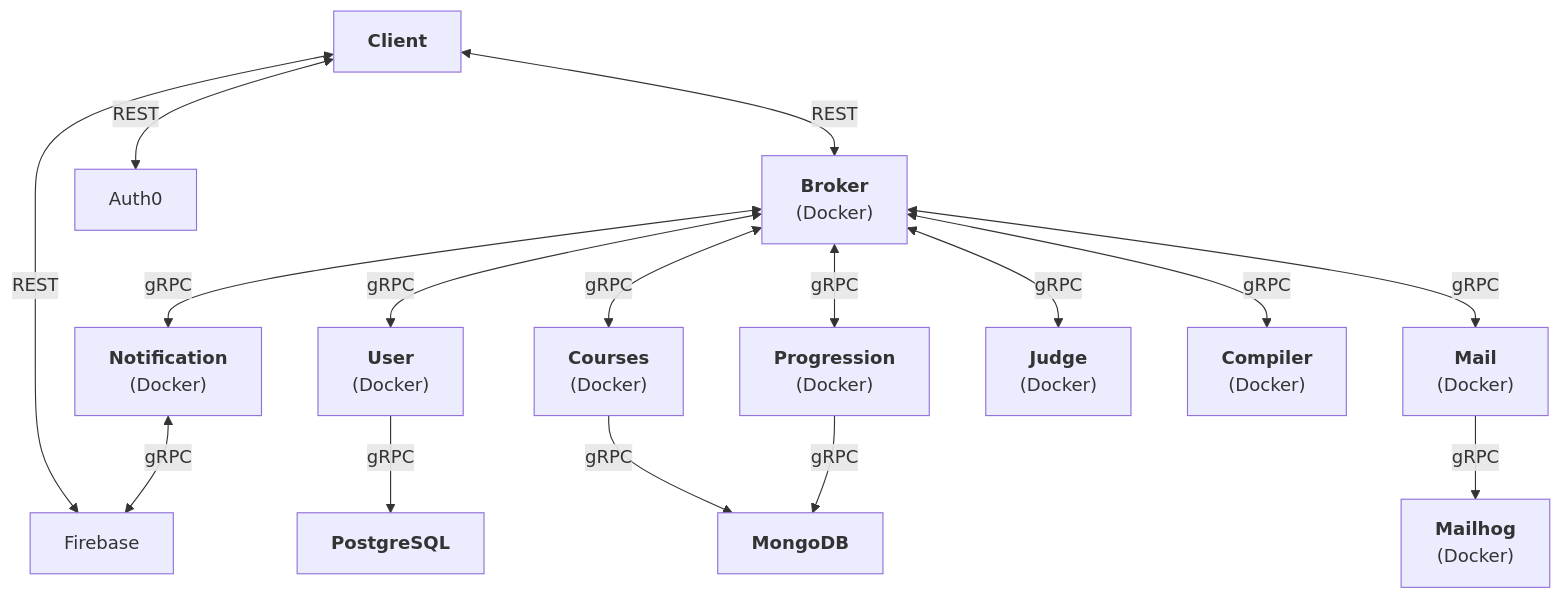
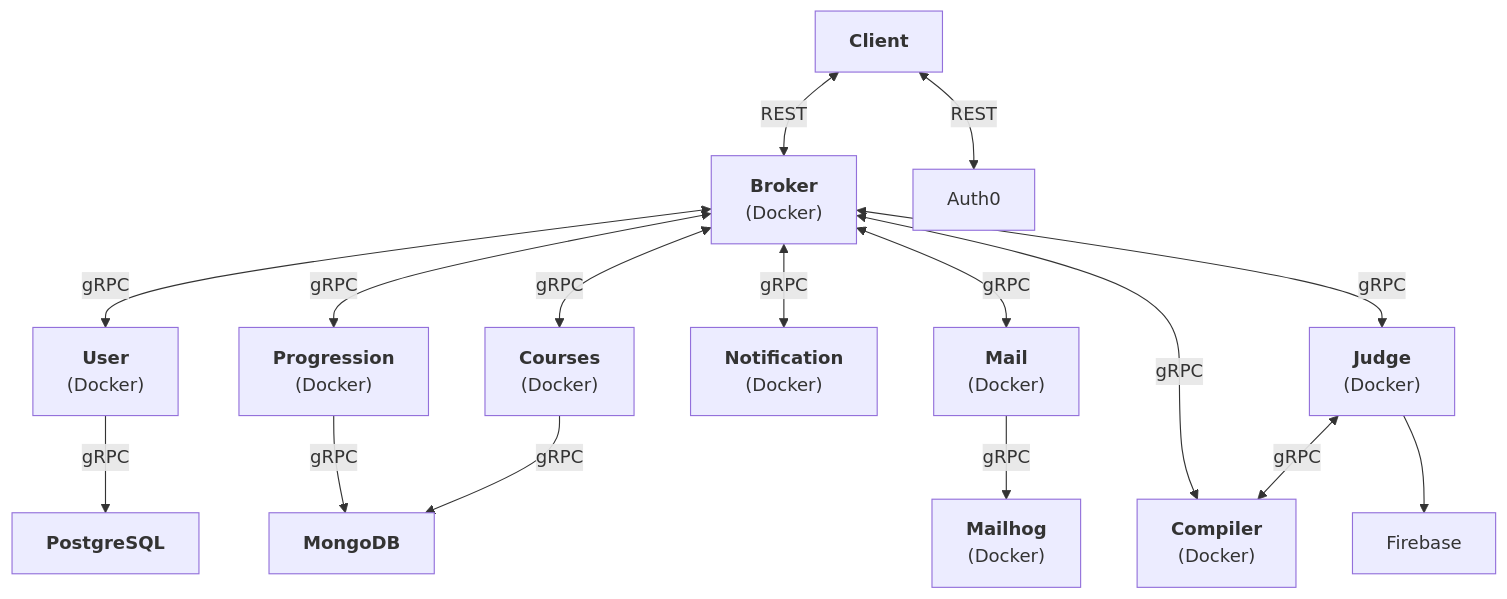
One commit to abyanmajid/picco changed the diagram in README.md. Above: the diagram before and after it, drawn with Mermaid.

Commit message:
refactor: readme.md

````diff
--- a/README.md
+++ b/README.md
@@ -23,18 +23,19 @@
 ```mermaid
 graph TD
-    Client <--> |REST| Firebase
-    Notification <--> |gRPC| Firebase
+    Client
     Client["<b>Client</b>"] <-->|REST| Broker["<b>Broker</b><br>(Docker)"]
     Client <--> |REST| Auth0
     Broker <-->|gRPC| User["<b>User</b><br>(Docker)"]
     Broker <-->|gRPC| Courses["<b>Courses</b><br>(Docker)"]
     Broker <-->|gRPC| Progression["<b>Progression</b><br>(Docker)"]
     Broker <-->|gRPC| Notification["<b>Notification</b><br>(Docker)"]
     Broker <-->|gRPC| Mail["<b>Mail</b><br>(Docker)"]
     Broker <-->|gRPC| Judge["<b>Judge</b><br>(Docker)"]
+    Judge <-->|gRPC| Compiler
+    Judge --> Firebase
     Broker <-->|gRPC| Compiler["<b>Compiler</b><br>(Docker)"]
     User -->|gRPC| PostgreSQL["<b>PostgreSQL</b>"]
     Courses --> |gRPC| MongoDB["<b>MongoDB</b>"]
     Progression --> |gRPC| MongoDB["<b>MongoDB</b>"]
     Mail -->|gRPC| Mailhog["<b>Mailhog</b><br>(Docker)"]
 ```
````
